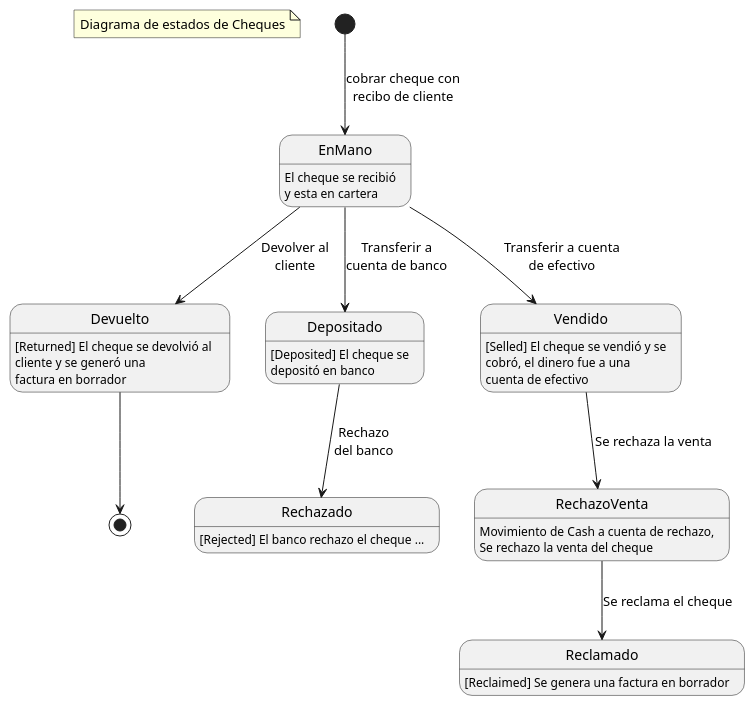
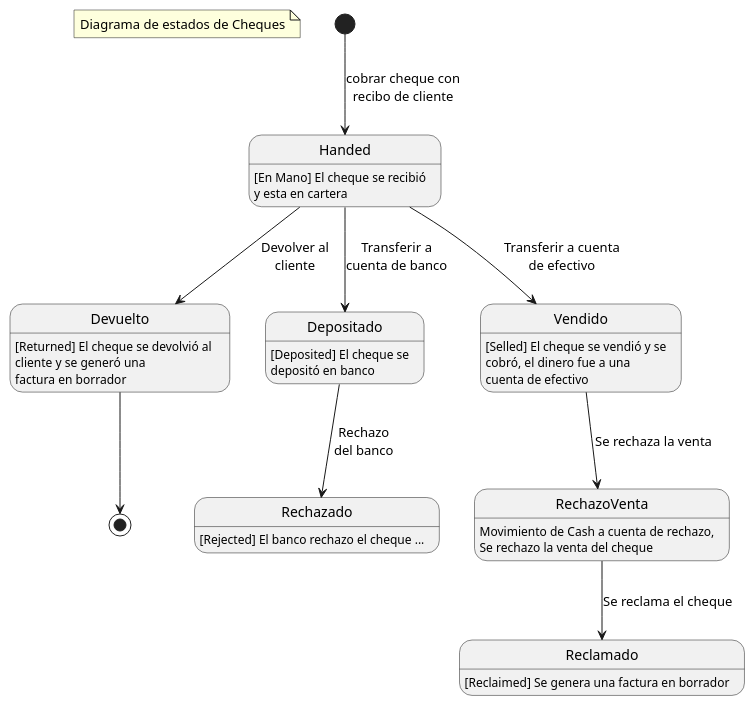
The diagram in doc/cheques.puml (yasserdjerbi/test), drawn with PlantUML before and after one commit.

Commit message:
[FIX] documentacion

```diff
--- a/doc/cheques.puml
+++ b/doc/cheques.puml
@@ -1,52 +1,52 @@
 @startuml
 
 ' Cheques de terceros, en desarrollo...
 '        ('draft', 'Draft'),
 '        ('holding', 'Holding'),
 '        ('deposited', 'Deposited'), -------------
 '        ('selled', 'Selled'),      ----------------
 '        ('delivered', 'Delivered'), [Endosado]
 '        ('transfered', 'Transfered'),
 '        ('reclaimed', 'Reclaimed'), ------------
 '        ('withdrawed', 'Withdrawed'),
-'        ('handed', 'Handed'),
+'        ('handed', 'Handed'),      -------------
 '        ('rejected', 'Rejected'), --------------
 '        ('debited', 'Debited'),
 '        ('returned', 'Returned'), --------------
 '        ('changed', 'Changed'),
 '        ('cancel', 'Cancel'),
 
 '        'holding':   ['draft', 'deposited', 'selled', 'delivered', 'transfered'],
 '        'delivered': ['holding'],
 '        'deposited': ['holding', 'rejected'],
 '        'selled':    ['holding'],
 '        'handed':    ['draft'],
 '        'transfered': ['holding'],
 '        'withdrawed': ['draft'],
 '        'rejected':  ['delivered', 'deposited', 'selled', 'handed'],
 '        'debited':   ['handed'],
 '        'returned':  ['handed', 'holding'],
 '        'changed':   ['handed', 'holding'],
 '        'cancel':    ['draft'],
 '        'reclaimed': ['rejected'],
 
 note "Diagrama de estados de Cheques" as N1
 
-EnMano: El cheque se recibió\ny esta en cartera
+Handed: [En Mano] El cheque se recibió\ny esta en cartera
 Devuelto : [Returned] El cheque se devolvió al \ncliente y se generó una\nfactura en borrador
 Depositado: [Deposited] El cheque se\ndepositó en banco
 Rechazado: [Rejected] El banco rechazo el cheque ...
 Vendido: [Selled] El cheque se vendió y se\ncobró, el dinero fue a una\ncuenta de efectivo
 RechazoVenta: Movimiento de Cash a cuenta de rechazo,\nSe rechazo la venta del cheque
 Reclamado: [Reclaimed] Se genera una factura en borrador
 
-[*] --> EnMano : cobrar cheque con\nrecibo de cliente
-EnMano --> Depositado : Transferir a\ncuenta de banco
-EnMano --> Vendido: Transferir a cuenta\nde efectivo
-EnMano --> Devuelto: Devolver al\ncliente
+[*] --> Handed : cobrar cheque con\nrecibo de cliente
+Handed --> Depositado : Transferir a\ncuenta de banco
+Handed --> Vendido: Transferir a cuenta\nde efectivo
+Handed --> Devuelto: Devolver al\ncliente
 Depositado --> Rechazado : Rechazo\ndel banco
 Devuelto --> [*]
 Vendido --> RechazoVenta : Se rechaza la venta
 RechazoVenta --> Reclamado: Se reclama el cheque
 
 @enduml
```
